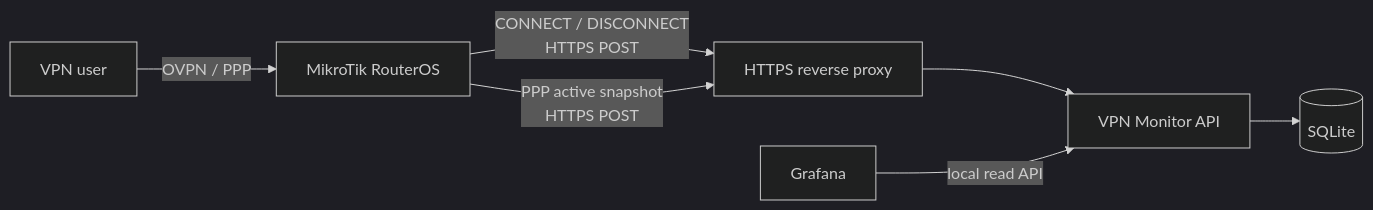
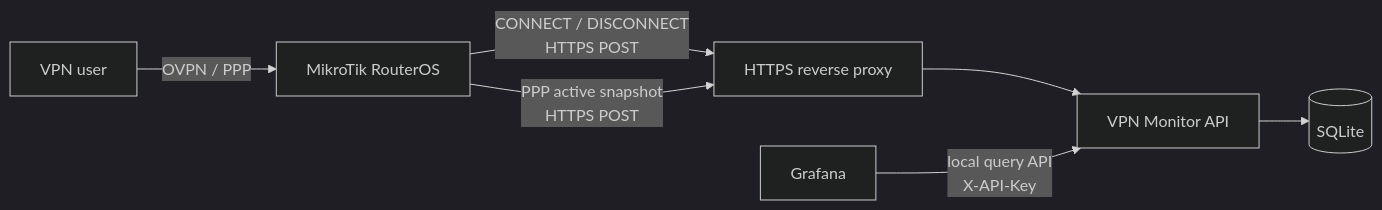
One commit to diogowermann/MikroTik-VPN-Monitor changed the diagram in README.md. Above: the diagram before and after it, drawn with Mermaid (dark theme). The commit also changed other lines of this file and 10 other files, not shown here.

Commit message:
feat: add local Grafana query and logon alert API

````diff
--- a/README.md
+++ b/README.md
@@ -14,9 +14,9 @@
 ```mermaid
 flowchart LR
     Client[VPN user] -->|OVPN / PPP| Router["MikroTik RouterOS"]
     Router -->|"CONNECT / DISCONNECT\nHTTPS POST"| Proxy["HTTPS reverse proxy"]
     Router -->|"PPP active snapshot\nHTTPS POST"| Proxy
     Proxy --> API["VPN Monitor API"]
     API --> DB[("SQLite")]
-    Grafana["Grafana"] -->|local read API| API
+    Grafana["Grafana"] -->|"local query API\nX-API-Key"| API
 ```
````
